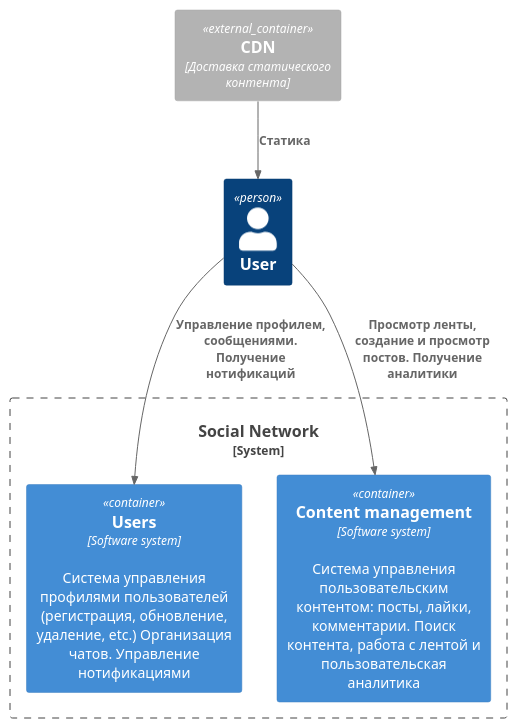
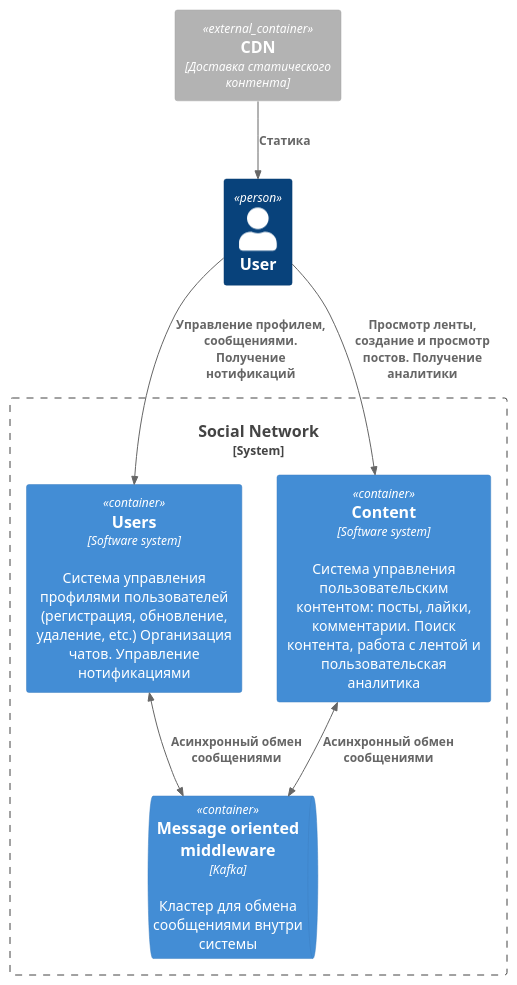
Before and after one commit to alexei-surkov/sd: the diagram in architecture/c1.puml, drawn with PlantUML. The commit also changed 5 other files, not shown here.

Commit message:
C1 + C2 diagrams

```diff
--- a/architecture/c1.puml
+++ b/architecture/c1.puml
@@ -1,16 +1,19 @@
 @startuml
 !include https://raw.githubusercontent.com/plantuml-stdlib/C4-PlantUML/master/C4_Container.puml
 
 Person(user, "User")
 
 System_Boundary(sb, "Social Network") {
     Container(users, "Users", "Software system", "Система управления профилями пользователей (регистрация, обновление, удаление, etc.) Организация чатов. Управление нотификациями")
-    Container(content, "Content management", "Software system", "Система управления пользовательским контентом: посты, лайки, комментарии. Поиск контента, работа с лентой и пользовательская аналитика")
+    Container(content, "Content", "Software system", "Система управления пользовательским контентом: посты, лайки, комментарии. Поиск контента, работа с лентой и пользовательская аналитика")
+    ContainerQueue(mq, "Message oriented middleware", "Kafka", "Кластер для обмена сообщениями внутри системы")
 }
 
 Container_Ext(cdn, "CDN", "Доставка статического контента")
 
 Rel(cdn, user, "Статика")
 Rel(user, users, "Управление профилем, сообщениями. Получение нотификаций")
 Rel(user, content, "Просмотр ленты, создание и просмотр постов. Получение аналитики")
+BiRel(users, mq, "Асинхронный обмен сообщениями")
+BiRel(content, mq, "Асинхронный обмен сообщениями")
 @enduml
```
